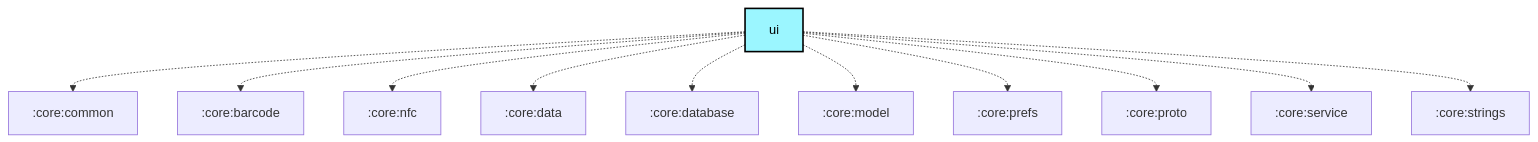
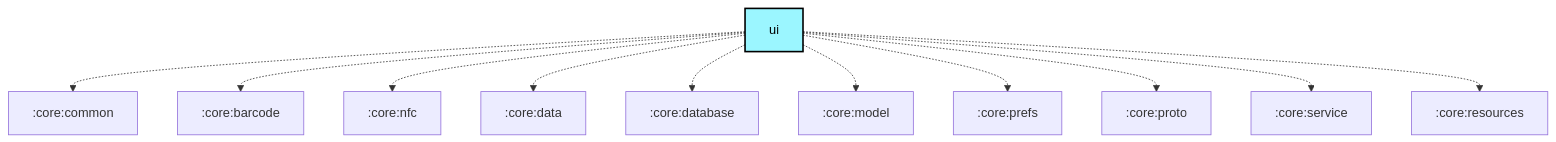
One commit to meshtastic/Meshtastic-Android changed the diagram in core/ui/README.md. Above: the diagram before and after it, drawn with Mermaid. The commit also changed other lines of this file and 321 other files, not shown here.

````diff
--- a/core/ui/README.md
+++ b/core/ui/README.md
@@ -50,25 +50,25 @@
 ```mermaid
 graph TB
   :core:ui[ui]:::android-library
   :core:ui -.-> :core:common
   :core:ui -.-> :core:barcode
   :core:ui -.-> :core:nfc
   :core:ui -.-> :core:data
   :core:ui -.-> :core:database
   :core:ui -.-> :core:model
   :core:ui -.-> :core:prefs
   :core:ui -.-> :core:proto
   :core:ui -.-> :core:service
-  :core:ui -.-> :core:strings
+  :core:ui -.-> :core:resources
 
 classDef android-application fill:#CAFFBF,stroke:#000,stroke-width:2px,color:#000;
 classDef android-application-compose fill:#CAFFBF,stroke:#000,stroke-width:2px,color:#000;
 classDef android-feature fill:#FFD6A5,stroke:#000,stroke-width:2px,color:#000;
 classDef android-library fill:#9BF6FF,stroke:#000,stroke-width:2px,color:#000;
 classDef android-library-compose fill:#9BF6FF,stroke:#000,stroke-width:2px,color:#000;
 classDef android-test fill:#A0C4FF,stroke:#000,stroke-width:2px,color:#000;
 classDef jvm-library fill:#BDB2FF,stroke:#000,stroke-width:2px,color:#000;
 classDef kmp-library fill:#FFC1CC,stroke:#000,stroke-width:2px,color:#000;
 classDef unknown fill:#FFADAD,stroke:#000,stroke-width:2px,color:#000;
 
 ```
````
